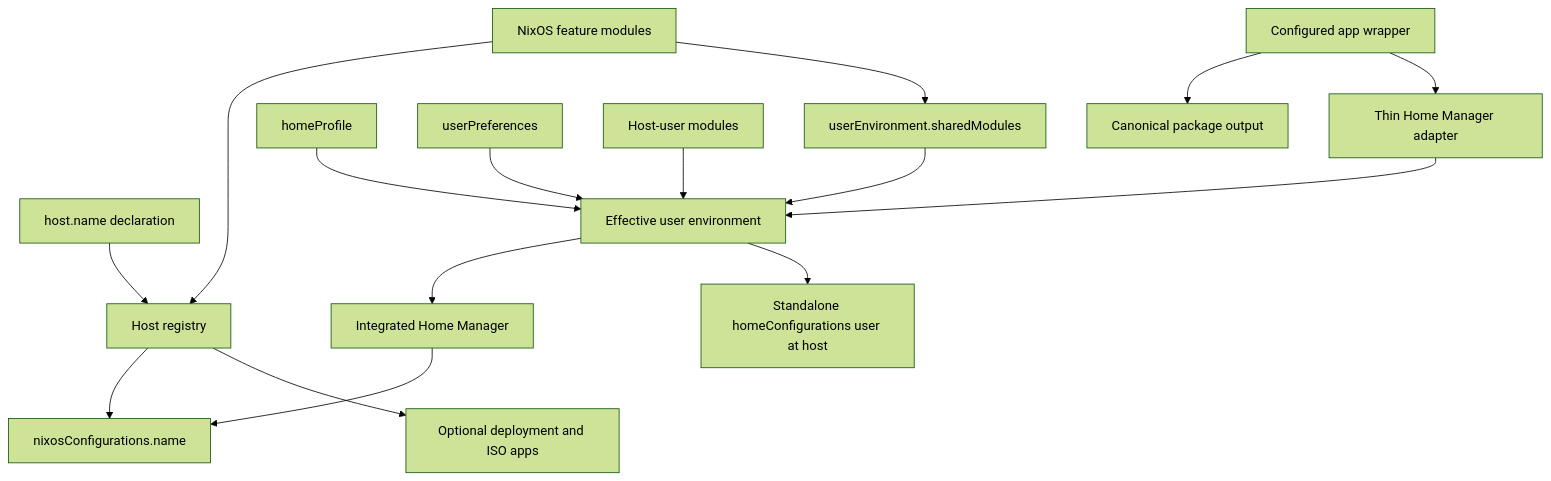
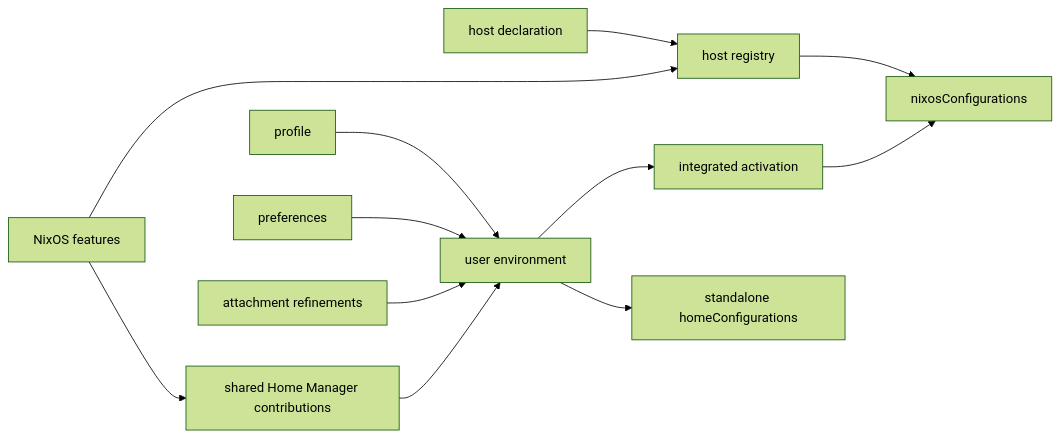
Before and after one commit to alaestor/mirror-flake: the diagram in docs/hosts-and-homes.md, drawn with Mermaid (forest theme). The commit also changed other lines of this file and 3 other files, not shown here.

````diff
--- a/docs/hosts-and-homes.md
+++ b/docs/hosts-and-homes.md
@@ -39,20 +13,14 @@
 ```mermaid
-flowchart TD
-    H[host.name declaration] --> R[Host registry]
-    N[NixOS feature modules] --> R
-    R --> NC[nixosConfigurations.name]
-    R --> A[Optional deployment and ISO apps]
-
-    N --> C[userEnvironment.sharedModules]
-    P[homeProfile] --> E[Effective user environment]
-    U[userPreferences] --> E
-    O[Host-user modules] --> E
+flowchart LR
+    H[host declaration] --> R[host registry]
+    F[NixOS features] --> R
+    F --> C[shared Home Manager contributions]
+    P[profile] --> E[user environment]
+    U[preferences] --> E
+    A[attachment refinements] --> E
     C --> E
-    W[Configured app wrapper] --> K[Canonical package output]
-    W --> T[Thin Home Manager adapter]
-    T --> E
-
-    E --> I[Integrated Home Manager]
-    E --> S[Standalone homeConfigurations user at host]
-    I --> NC
+    R --> N[nixosConfigurations]
+    E --> I[integrated activation]
+    E --> S[standalone homeConfigurations]
+    I --> N
 ```
````
